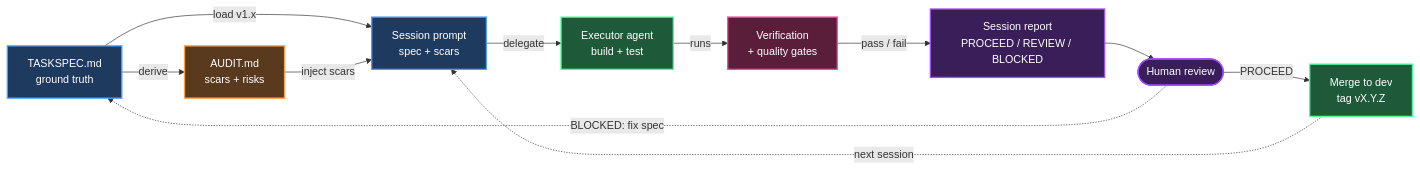
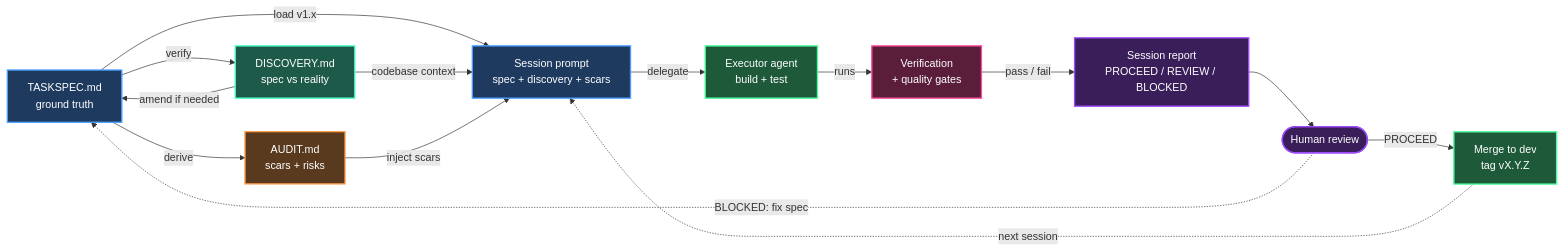
Before and after one commit to phj6688/forge-protocol-skill: the diagram in README.md, drawn with Mermaid. The commit also changed other lines of this file and 4 other files, not shown here.

First line of the commit message:
feat: v3.1.0 — add Discovery step, SPEC-DRIFT scars, codebase context

````diff
--- a/README.md
+++ b/README.md
@@ -21,28 +22,33 @@
 ```mermaid
 flowchart LR
     classDef spec fill:#1e3a5f,stroke:#4a9eff,color:#fff,stroke-width:2px
+    classDef discover fill:#1e5a4a,stroke:#4affce,color:#fff,stroke-width:2px
     classDef audit fill:#5a3a1e,stroke:#ff9e4a,color:#fff,stroke-width:2px
     classDef exec fill:#1e5a3a,stroke:#4aff9e,color:#fff,stroke-width:2px
     classDef gate fill:#5a1e3a,stroke:#ff4a9e,color:#fff,stroke-width:2px
     classDef human fill:#3a1e5a,stroke:#9e4aff,color:#fff,stroke-width:2px
 
     SPEC["TASKSPEC.md<br/>ground truth"]:::spec
+    DISCOVER["DISCOVERY.md<br/>spec vs reality"]:::discover
     AUDIT["AUDIT.md<br/>scars + risks"]:::audit
-    PROMPT["Session prompt<br/>spec + scars"]:::spec
+    PROMPT["Session prompt<br/>spec + discovery + scars"]:::spec
     AGENT["Executor agent<br/>build + test"]:::exec
     GATES["Verification<br/>+ quality gates"]:::gate
     REPORT["Session report<br/>PROCEED / REVIEW / BLOCKED"]:::human
     HUMAN(["Human review"]):::human
     MERGE["Merge to dev<br/>tag vX.Y.Z"]:::exec
 
+    SPEC -->|verify| DISCOVER
+    DISCOVER -->|amend if needed| SPEC
+    SPEC -->|load v1.x| PROMPT
+    DISCOVER -->|codebase context| PROMPT
+    AUDIT -->|inject scars| PROMPT
     SPEC -->|derive| AUDIT
-    SPEC -->|load v1.x| PROMPT
-    AUDIT -->|inject scars| PROMPT
     PROMPT -->|delegate| AGENT
     AGENT -->|runs| GATES
     GATES -->|pass / fail| REPORT
     REPORT --> HUMAN
     HUMAN -->|PROCEED| MERGE
     HUMAN -.->|BLOCKED: fix spec| SPEC
     MERGE -.->|next session| PROMPT
 ```
````
